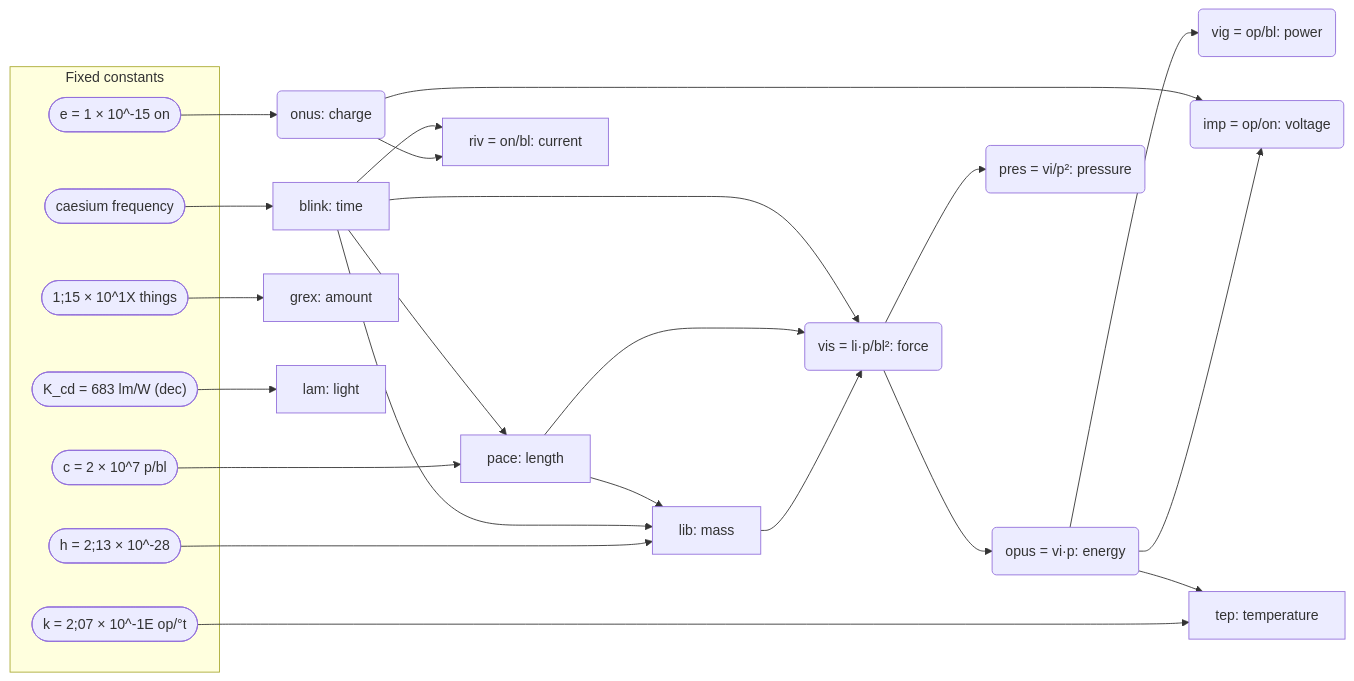
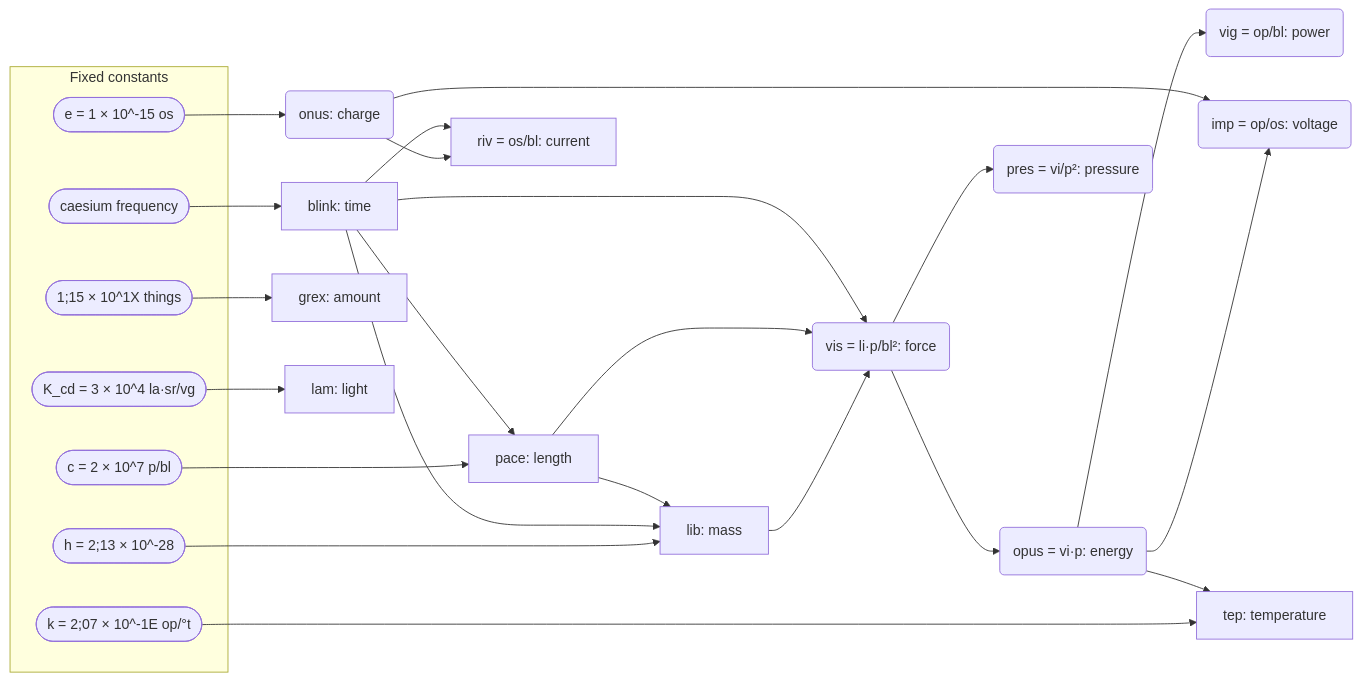
One commit to rdmarsh/paludal changed the first of 4 diagrams in ideas.md. Above: the diagram before and after it, drawn with Mermaid. The commit also changed other lines of this file and 2 other files, not shown here.

````diff
--- a/ideas.md
+++ b/ideas.md
@@ -65,28 +71,28 @@
 ```mermaid
 flowchart LR
   subgraph K [Fixed constants]
     cs(["caesium frequency"])
     c(["c = 2 × 10^7 p/bl"])
     h(["h = 2;13 × 10^-28"])
-    e(["e = 1 × 10^-15 on"])
+    e(["e = 1 × 10^-15 os"])
     k(["k = 2;07 × 10^-1E op/°t"])
     n(["1;15 × 10^1X things"])
-    kcd(["K_cd = 683 lm/W (dec)"])
+    kcd(["K_cd = 3 × 10^4 la·sr/vg"])
   end
   cs --> bl["blink: time"]
   c --> p["pace: length"]
   h --> li["lib: mass"]
-  e --> on("onus: charge")
+  e --> os("onus: charge")
   k --> te["tep: temperature"]
   n --> gx["grex: amount"]
   kcd --> la["lam: light"]
   bl --> p
   bl & p --> li
   li & p & bl --> vi("vis = li·p/bl²: force")
   vi --> op("opus = vi·p: energy")
   op --> vg("vig = op/bl: power")
   vi --> pr("pres = vi/p²: pressure")
-  on & bl --> ri["riv = on/bl: current"]
-  op & on --> im("imp = op/on: voltage")
+  os & bl --> ri["riv = os/bl: current"]
+  op & os --> im("imp = op/os: voltage")
   op --> te
 ```
````
